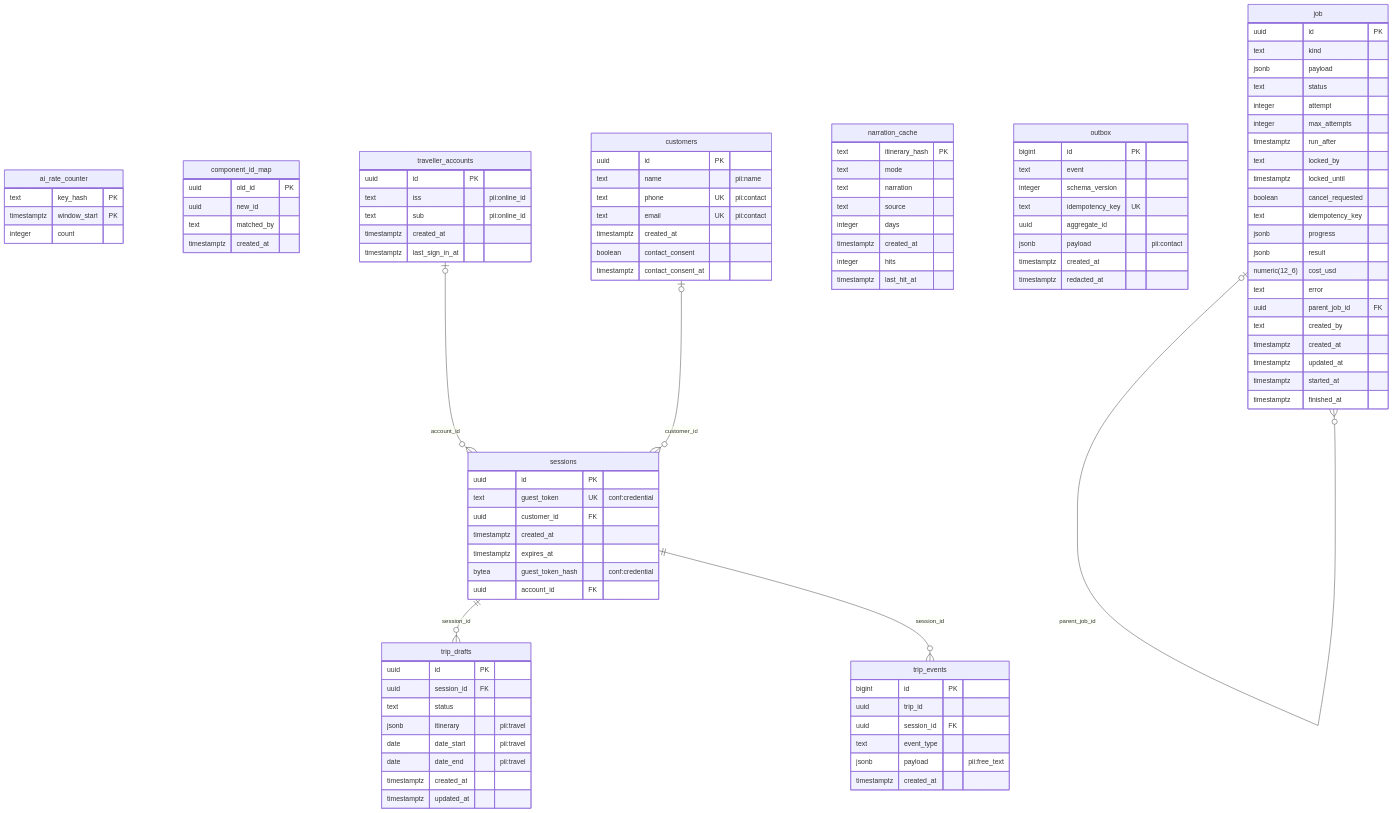
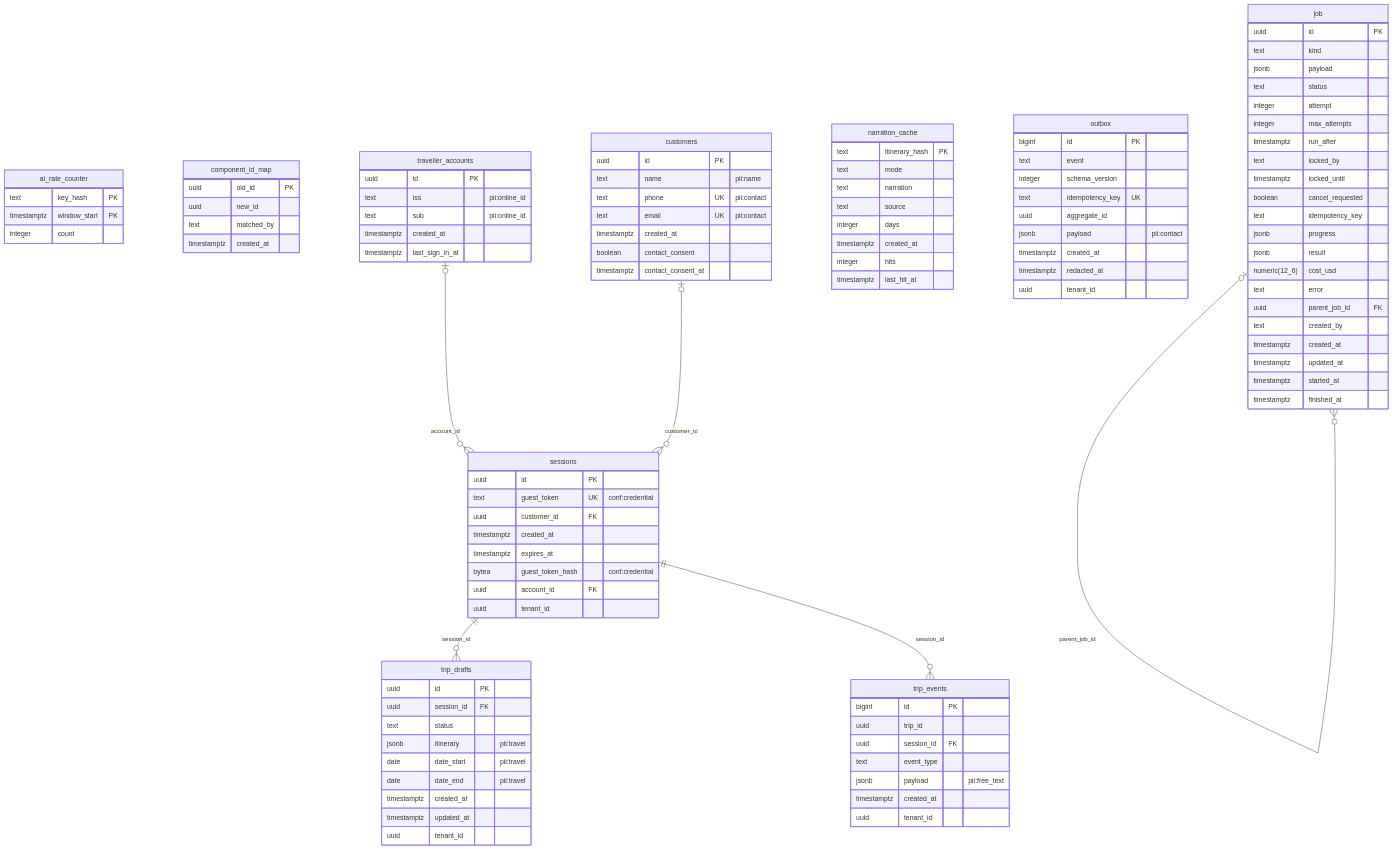
The diagram in docs/architecture/erd/tripplanner.md (AdventureAsia365-Ecosys/AA-Ecosys), drawn with Mermaid before and after one commit. The commit also changed other lines of this file and 2 other files, not shown here.

First line of the commit message:
docs: regenerate db-schema-reference.md and the ERD pages from the live dump

```diff
--- a/docs/architecture/erd/tripplanner.md
+++ b/docs/architecture/erd/tripplanner.md
@@ -86,6 +86,7 @@
         jsonb payload "pii:contact"
         timestamptz created_at
         timestamptz redacted_at
+        uuid tenant_id
     }
     sessions {
         uuid id PK
@@ -95,6 +96,7 @@
         timestamptz expires_at
         bytea guest_token_hash "conf:credential"
         uuid account_id FK
+        uuid tenant_id
     }
     traveller_accounts {
         uuid id PK
@@ -112,6 +114,7 @@
         date date_end "pii:travel"
         timestamptz created_at
         timestamptz updated_at
+        uuid tenant_id
     }
     trip_events {
         bigint id PK
@@ -120,6 +123,7 @@
         text event_type
         jsonb payload "pii:free_text"
         timestamptz created_at
+        uuid tenant_id
     }
     job |o--o{ job : "parent_job_id"
     traveller_accounts |o--o{ sessions : "account_id"
```
